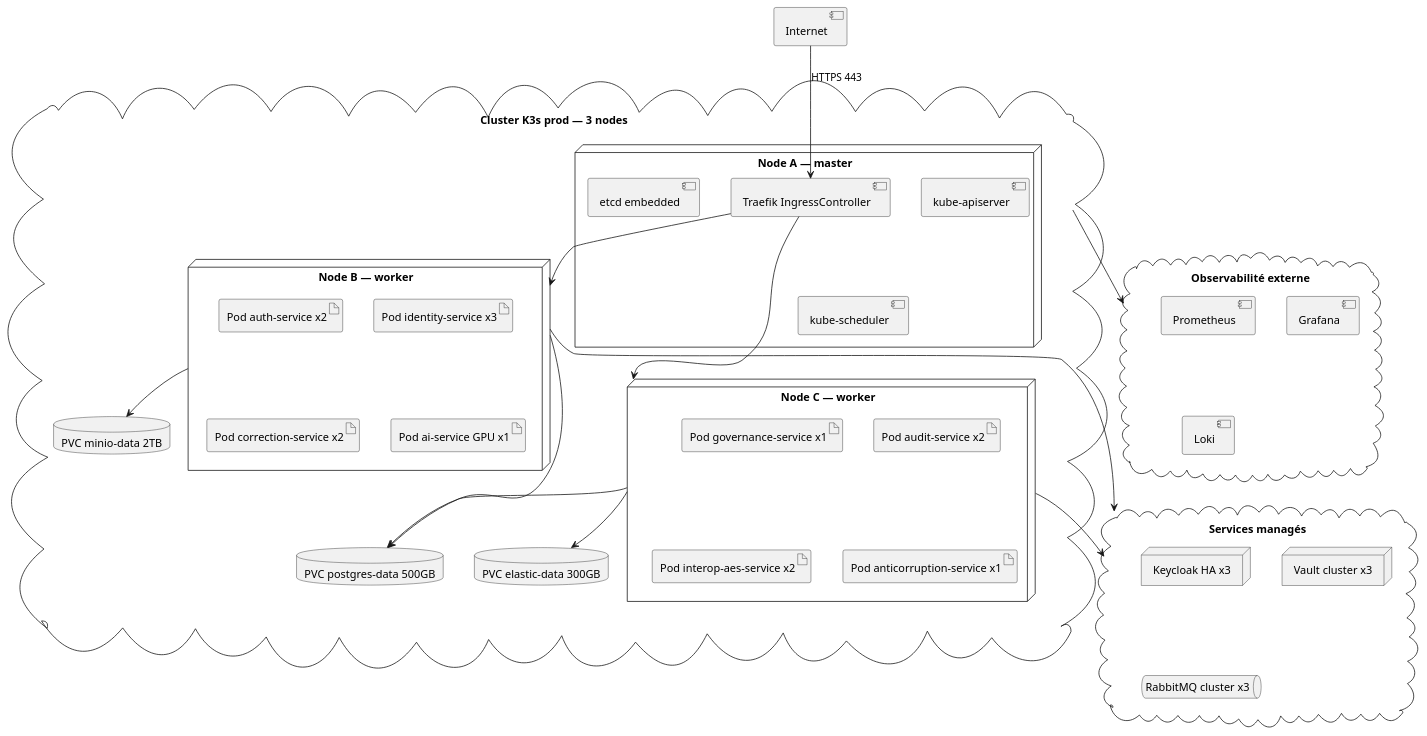
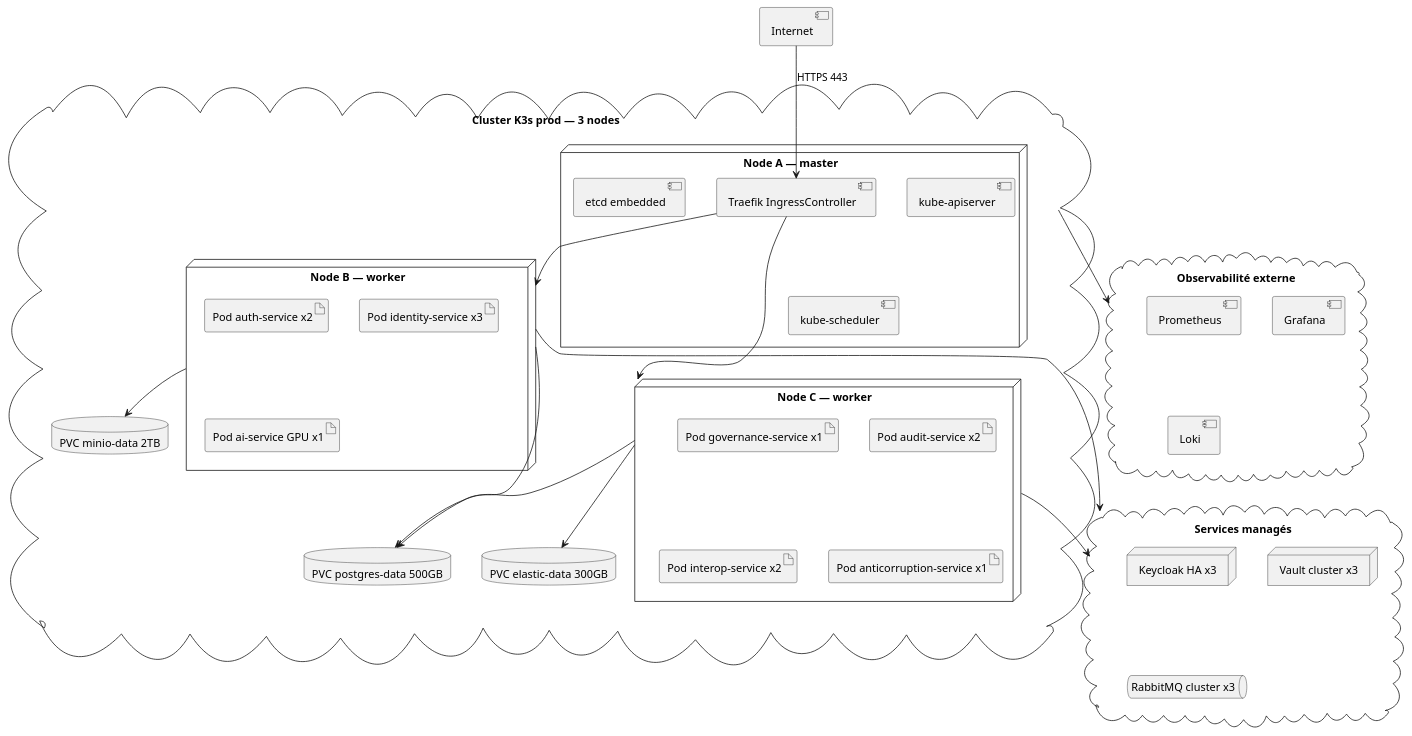
Before and after one commit to TheManInPink/Session-Ete-2026: the eighth of 40 diagrams in docs/diagrams/99-DIAGRAMMES-PLANTUML.md, drawn with PlantUML. The commit also changed other lines of this file and 1 other file, not shown here.

First line of the commit message:
docs: éliminer les services fictifs résiduels des diagrammes (catalogue 99)

````diff
--- a/docs/diagrams/99-DIAGRAMMES-PLANTUML.md
+++ b/docs/diagrams/99-DIAGRAMMES-PLANTUML.md
@@ -598,52 +598,51 @@
 ```plantuml
 @startuml
 skinparam nodesep 40
 
 cloud "Cluster K3s prod — 3 nodes" as cluster {
   node "Node A — master" as nodeA {
     component "kube-apiserver" as api
     component "etcd embedded" as etcd
     component "kube-scheduler" as sched
     component "Traefik IngressController" as tr
   }
   node "Node B — worker" as nodeB {
     artifact "Pod auth-service x2" as podAuth
     artifact "Pod identity-service x3" as podI
-    artifact "Pod correction-service x2" as podC
     artifact "Pod ai-service GPU x1" as podAI
   }
   node "Node C — worker" as nodeC {
     artifact "Pod governance-service x1" as podG
     artifact "Pod audit-service x2" as podAud
-    artifact "Pod interop-aes-service x2" as podInt
+    artifact "Pod interop-service x2" as podInt
     artifact "Pod anticorruption-service x1" as podAnti
   }
   database "PVC postgres-data 500GB" as pvcPg
   database "PVC minio-data 2TB" as pvcMin
   database "PVC elastic-data 300GB" as pvcEl
 }
 
 cloud "Services managés" as mgd {
   node "Keycloak HA x3" as kcN
   node "Vault cluster x3" as vltN
   queue "RabbitMQ cluster x3" as mqN
 }
 
 cloud "Observabilité externe" as monitor {
   [Prometheus]
   [Grafana]
   [Loki]
 }
 
 [Internet] -down-> tr : HTTPS 443
 tr --> nodeB
 tr --> nodeC
 nodeB --> pvcPg
 nodeB --> pvcMin
 nodeC --> pvcPg
 nodeC --> pvcEl
 nodeB --> mgd
 nodeC --> mgd
 cluster --> monitor
 @enduml
 ```
````
